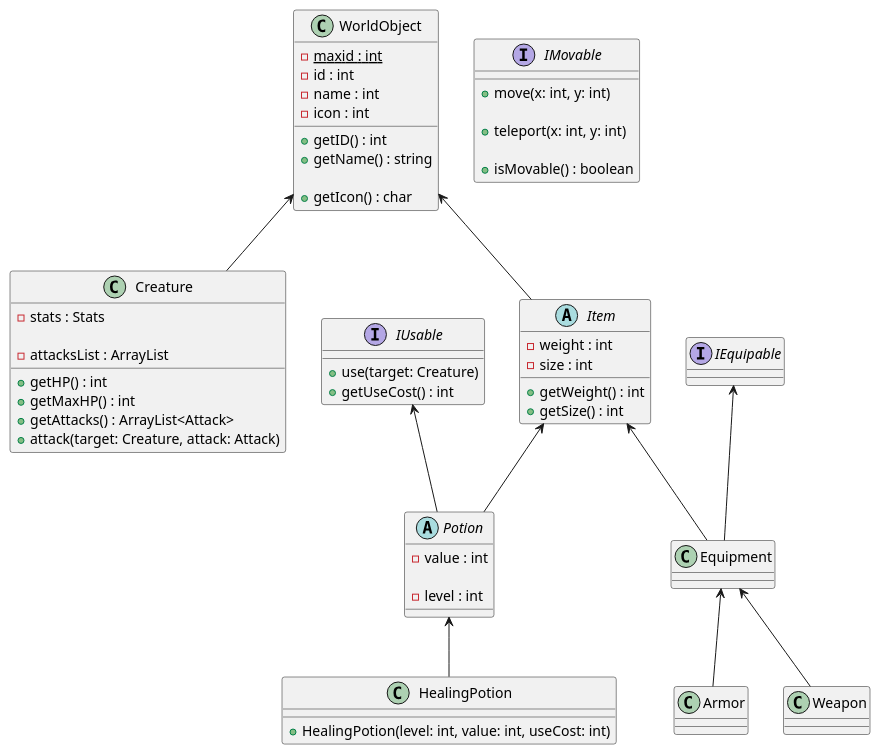
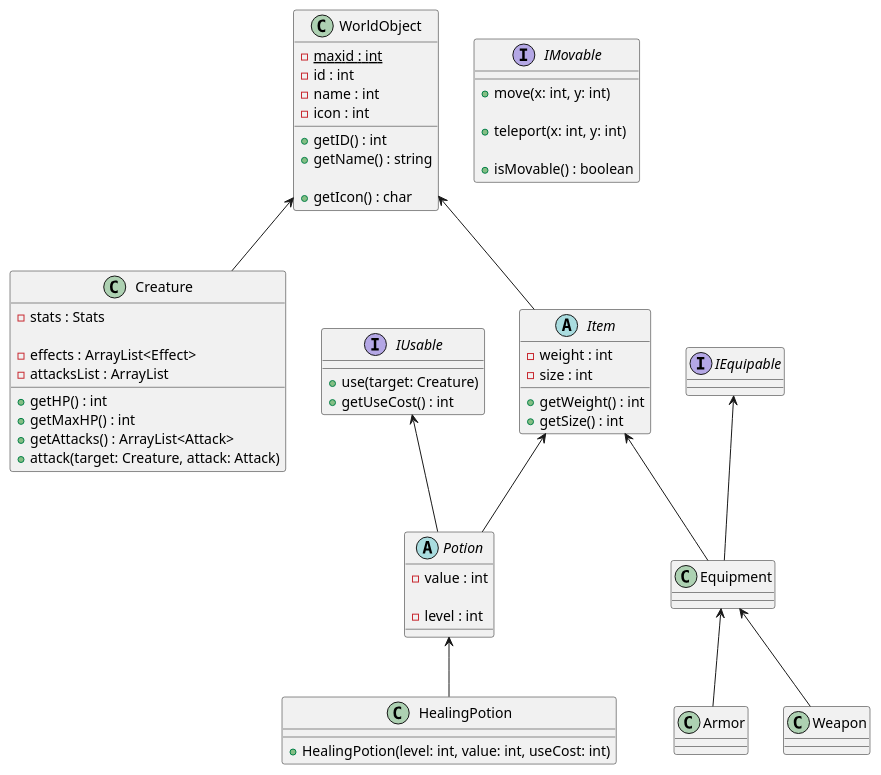
Before and after one commit to h2kb/jRPG: the diagram in UML_WorldObjects.puml, drawn with PlantUML.

Commit message:
Небольшие фиксы UML

```diff
--- a/UML_WorldObjects.puml
+++ b/UML_WorldObjects.puml
@@ -1,99 +1,101 @@
 @startuml
 
 WorldObject <-- Creature
 WorldObject <-- Item
 
 Item <-- Potion
 Item <-- Equipment
 
 IUsable <-- Potion
 
 Potion <-- HealingPotion
 
 IEquipable <-- Equipment
 Equipment <-- Armor
 Equipment <-- Weapon
 
 class WorldObject {
     - {static} maxid : int
     - id : int
     - name : int
     - icon : int
 
     + getID() : int
     + getName() : string
 
     'Отображаемая иконка объекта на карте'
     + getIcon() : char
 }
 
 class Creature {
     'Это удобнее, так как для доспехов и прочего можно прибавочные статы также хранить в классе Stats'
     'и при надевании/использовании предмета просто прибавлять одно к другому'
     - stats : Stats
 
+    'Текущие баффы/дебаффы на существе'
+    - effects : ArrayList<Effect>
     - attacksList : ArrayList
 
     + getHP() : int
     + getMaxHP() : int
     + getAttacks() : ArrayList<Attack>
     + attack(target: Creature, attack: Attack)
 }
 
 abstract class Item {
     - weight : int
     - size : int
 
     + getWeight() : int
     + getSize() : int
 }
 
 interface IUsable {
     'Использовать предметы можно не только на себя, но и на других, если позволяет радиус'
     + use(target: Creature)
     + getUseCost() : int
 }
 
 interface IMovable {
     'Переместить на определённое количество клеток по x и y'
     + move(x: int, y: int)
 
     'Переместить в определённую клетку'
     + teleport(x: int, y: int)
 
     'Может ли объект передвигаться в данный момент'
     + isMovable() : boolean
 }
 
 interface IEquipable {
 }
 
 abstract class Potion {
     'Базовая сила действия зелья'
     - value : int
 
     'Уровень зелья'
     - level : int
 }
 
 class HealingPotion {
     + HealingPotion(level: int, value: int, useCost: int)
 }
 
 'TODO:'
 class Equipment {
 
 }
 
 class Armor {
 
 }
 
 class Weapon {
 
 }
 '''
 
 'Нужен ли отдельный интерфейс для поднимаемых объектов?'
 
 @enduml
```
